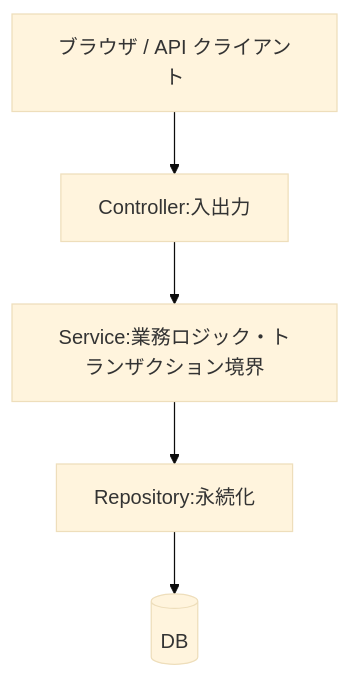
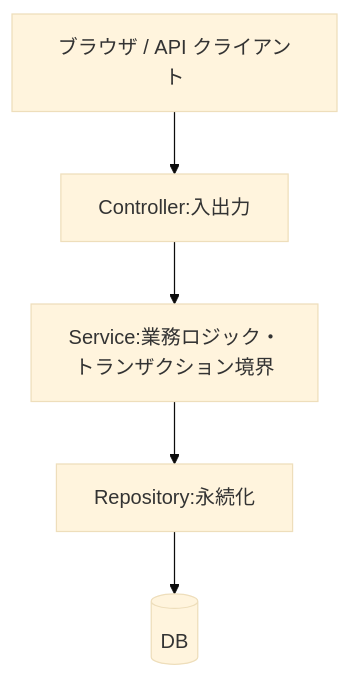
One commit to junyeol928-hash/Sayana changed the diagram in content/03-spring/03-data/01-spring-layers/lesson.md. Above: the diagram before and after it, drawn with Mermaid (base theme). The commit also changed 9 other files, not shown here.

Commit message:
fix: 図のラベルを語の切れ目で改行し、英字の用語の読みをカタカナにそろえた(スマホで図の文字が語の途中で折れていたため)

````diff
--- a/content/03-spring/03-data/01-spring-layers/lesson.md
+++ b/content/03-spring/03-data/01-spring-layers/lesson.md
@@ -39,7 +39,7 @@
 ```mermaid
 flowchart TD
     B["ブラウザ / API クライアント"] --> C["Controller:入出力"]
-    C --> S["Service:業務ロジック・トランザクション境界"]
+    C --> S["Service:業務ロジック・<br>トランザクション境界"]
     S --> R["Repository:永続化"]
     R --> D[("DB")]
 ```
````
